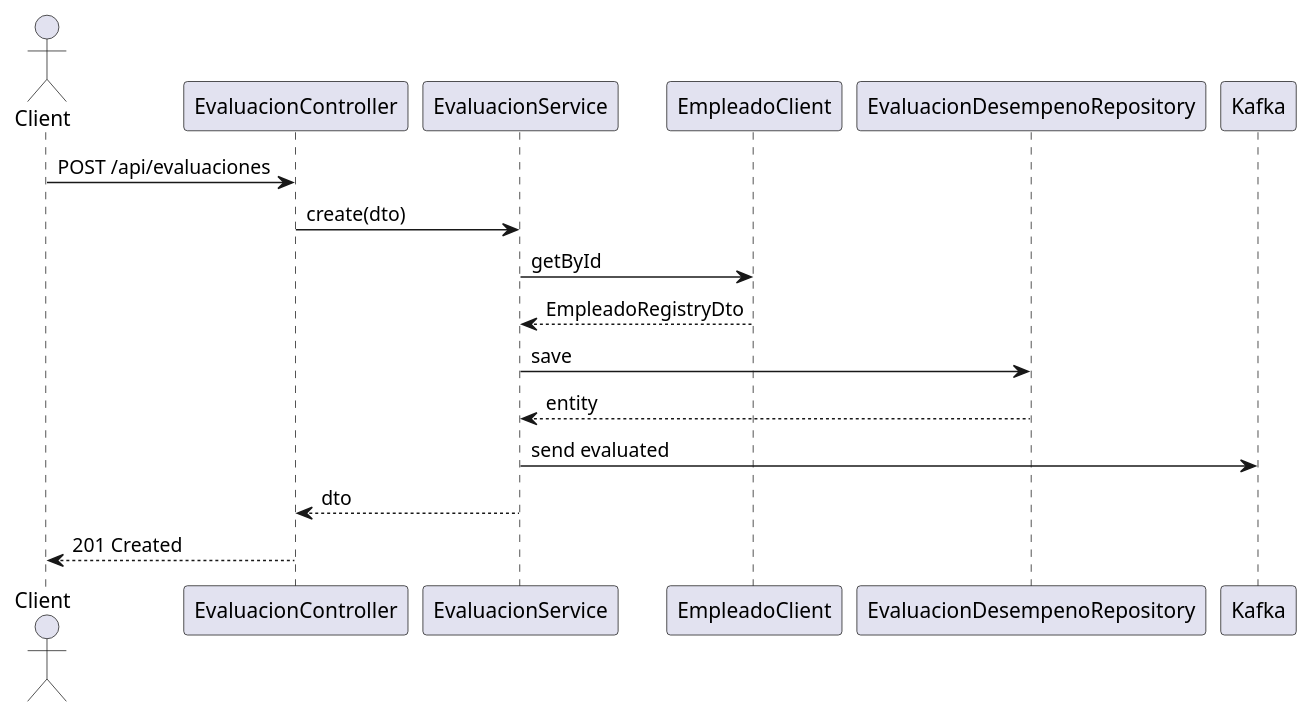
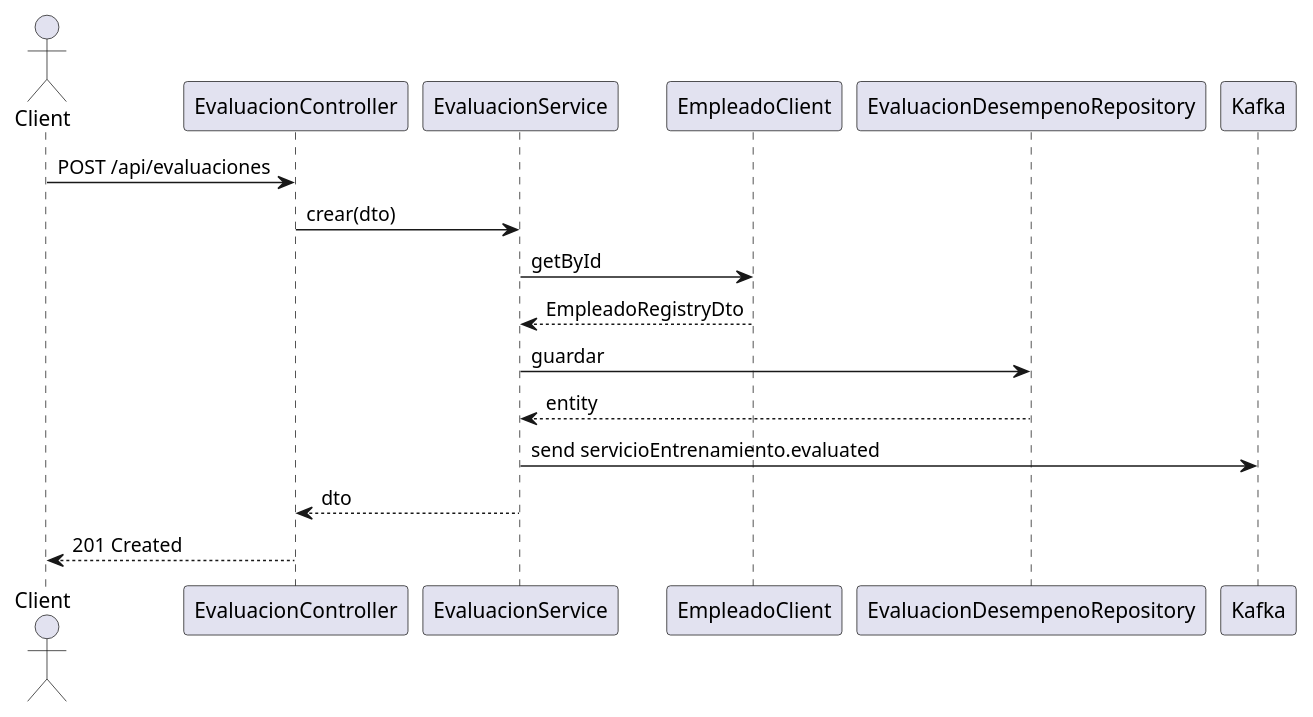
The diagram in servicio-entrenamiento/docs/uml/local/sequence/create_evaluacion_sequence.puml (msamia/rrhh), drawn with PlantUML before and after one commit. The commit also changed 26 other files, not shown here.

Commit message:
docs: corregir y ampliar diagramas UML

```diff
--- a/servicio-entrenamiento/docs/uml/local/sequence/create_evaluacion_sequence.puml
+++ b/servicio-entrenamiento/docs/uml/local/sequence/create_evaluacion_sequence.puml
@@ -1,12 +1,12 @@
 @startuml
 actor Client
 Client -> EvaluacionController : POST /api/evaluaciones
-EvaluacionController -> EvaluacionService : create(dto)
+EvaluacionController -> EvaluacionService : crear(dto)
 EvaluacionService -> EmpleadoClient : getById
 EmpleadoClient --> EvaluacionService : EmpleadoRegistryDto
-EvaluacionService -> EvaluacionDesempenoRepository : save
+EvaluacionService -> EvaluacionDesempenoRepository : guardar
 EvaluacionDesempenoRepository --> EvaluacionService : entity
-EvaluacionService -> Kafka : send evaluated
+EvaluacionService -> Kafka : send servicioEntrenamiento.evaluated
 EvaluacionService --> EvaluacionController : dto
 EvaluacionController --> Client : 201 Created
 @enduml
```
